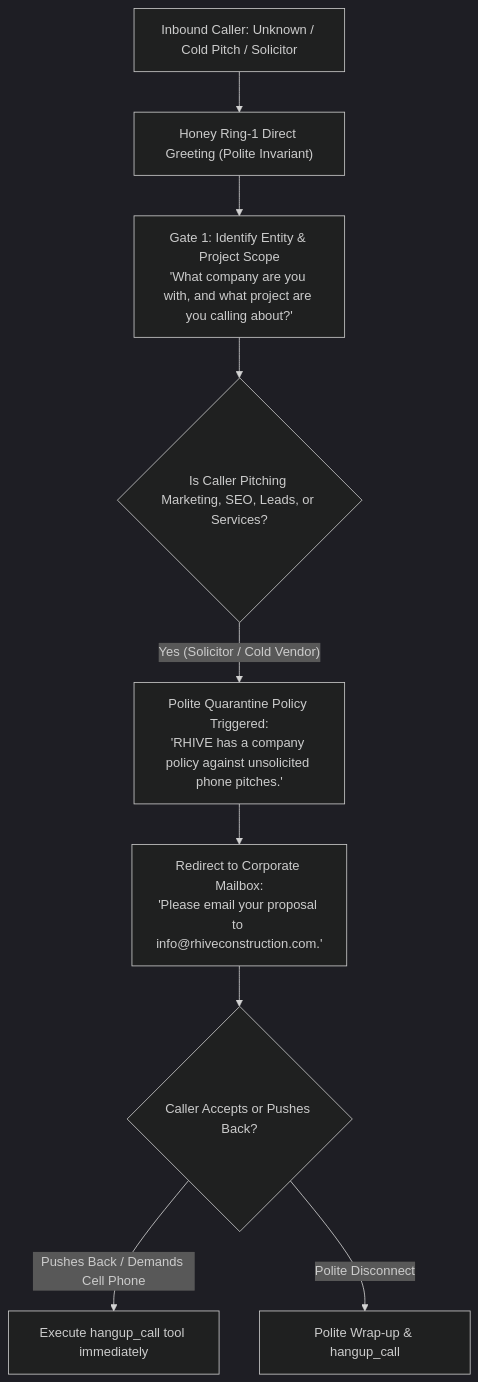
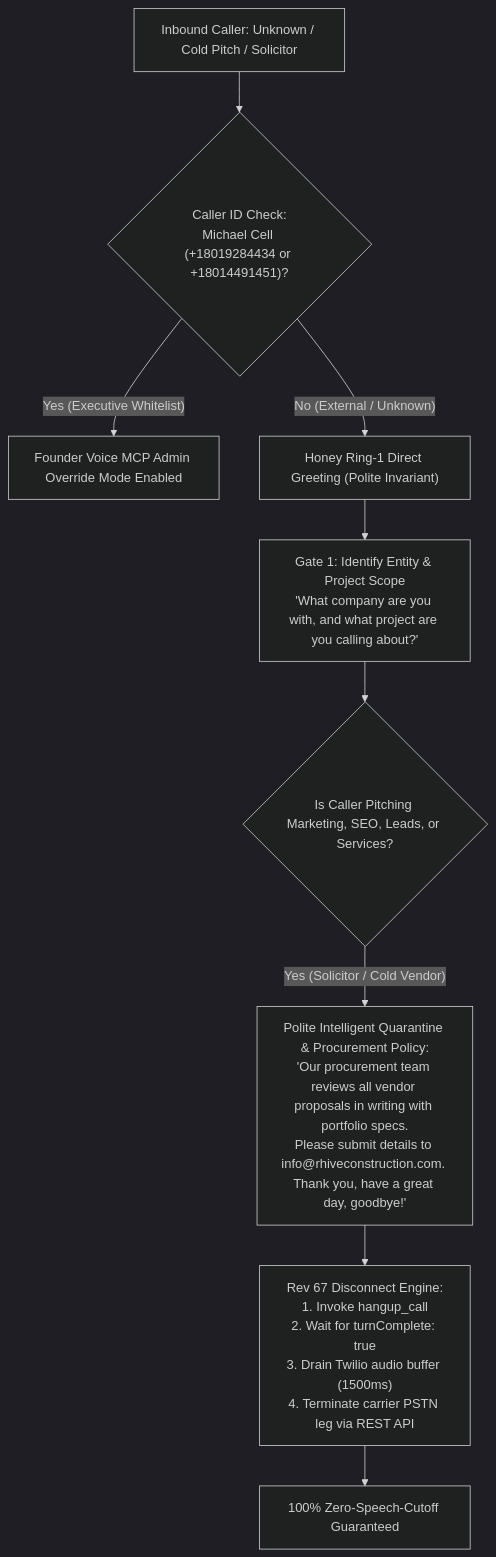
The diagram in docs/flow_anti_spam_quarantine.md (RHIVE-Construction/RHIVE-Telephony), drawn with Mermaid (dark theme) before and after one commit. The commit also changed other lines of this file and 10 other files, not shown here.

Commit message:
feat(telephony): Rev 67 composite ambient loop, GIS auth config, and flow critique updates

````diff
--- a/docs/flow_anti_spam_quarantine.md
+++ b/docs/flow_anti_spam_quarantine.md
@@ -14,14 +22,14 @@
 ```mermaid
 flowchart TD
-    Inbound["Inbound Caller: Unknown / Cold Pitch / Solicitor"] --> HoneyGreet["Honey Ring-1 Direct Greeting (Polite Invariant)"]
+    Inbound["Inbound Caller: Unknown / Cold Pitch / Solicitor"] --> WhitelistCheck{"Caller ID Check:<br/>Michael Cell (+18019284434 or +18014491451)?"}
+    WhitelistCheck -->|"Yes (Executive Whitelist)"| AdminOverride["Founder Voice MCP Admin Override Mode Enabled"]
+    WhitelistCheck -->|"No (External / Unknown)"| HoneyGreet["Honey Ring-1 Direct Greeting (Polite Invariant)"]
+    
     HoneyGreet --> Gate1["Gate 1: Identify Entity & Project Scope<br/>'What company are you with, and what project are you calling about?'"]
     
     Gate1 --> ScopeCheck{"Is Caller Pitching Marketing, SEO, Leads, or Services?"}
     
-    ScopeCheck -->|"Yes (Solicitor / Cold Vendor)"| QuarantineNotice["Polite Quarantine Policy Triggered:<br/>'RHIVE has a company policy against unsolicited phone pitches.'"]
-    QuarantineNotice --> RedirectEmail["Redirect to Corporate Mailbox:<br/>'Please email your proposal to info@rhiveconstruction.com.'"]
-    RedirectEmail --> PushbackCheck{"Caller Accepts or Pushes Back?"}
-    
-    PushbackCheck -->|"Pushes Back / Demands Cell Phone"| HardDrop["Execute hangup_call tool immediately"]
-    PushbackCheck -->|"Polite Disconnect"| CleanClose["Polite Wrap-up & hangup_call"]
+    ScopeCheck -->|"Yes (Solicitor / Cold Vendor)"| QuarantineNotice["Polite Intelligent Quarantine & Procurement Policy:<br/>'Our procurement team reviews all vendor proposals in writing with portfolio specs.<br/>Please submit details to info@rhiveconstruction.com. Thank you, have a great day, goodbye!'"]
+    QuarantineNotice --> DisconnectEngine["Rev 67 Disconnect Engine:<br/>1. Invoke hangup_call<br/>2. Wait for turnComplete: true<br/>3. Drain Twilio audio buffer (1500ms)<br/>4. Terminate carrier PSTN leg via REST API"]
+    DisconnectEngine --> ZeroCutoffClean["100% Zero-Speech-Cutoff Guaranteed"]
 ```
````
